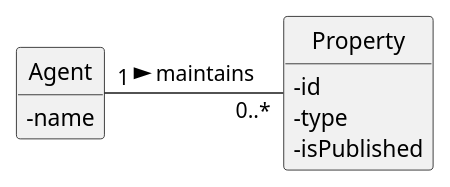
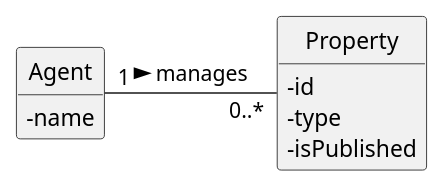
Before and after one commit to goncalomaia18/leti-esoft-24-25-A2: the diagram in docs/Sprint3/US40/US40-MD.puml, drawn with PlantUML. The commit also changed 55 other files, not shown here.

```diff
--- a/docs/Sprint3/US40/US40-MD.puml
+++ b/docs/Sprint3/US40/US40-MD.puml
@@ -1,19 +1,22 @@
 @startuml
 'https://plantuml.com/class-diagram
 skinparam classAttributeIconSize 0
 hide circle
 hide methods
 
 class Agent {
     - name
+    +publishAd(propertyId: string): Result
 }
 
 class Property {
     - id
     - type
     - isPublished
+    +publish(): void
+    +getPublicationStatus(): bool
 }
 
-Agent "1" -right-- "0..*" Property:  maintains >
+Agent "1" -right-- "0..*" Property:  manages >
 
 @enduml
```
